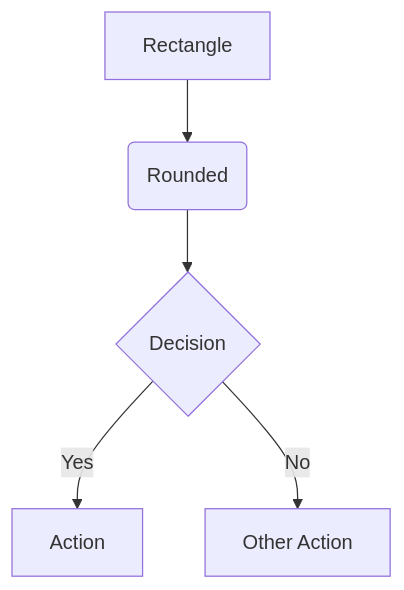
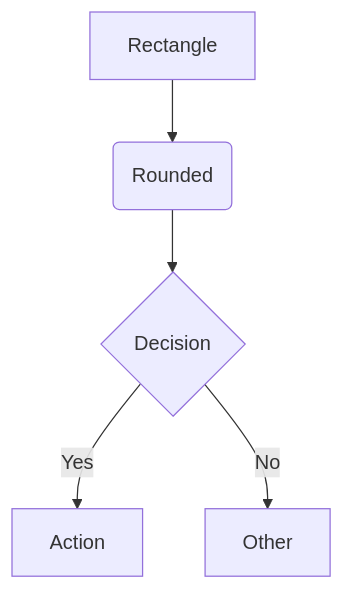
The first of 5 diagrams in agents/mermaid-designer/AGENT.md (Mineru98/dev-consultant), drawn with Mermaid before and after one commit. The commit also changed other lines of this file and 4 other files, not shown here.

````diff
--- a/agents/mermaid-designer/AGENT.md
+++ b/agents/mermaid-designer/AGENT.md
@@ -19,7 +18,7 @@
 ```mermaid
 flowchart TD
     A[Rectangle] --> B(Rounded)
     B --> C{Decision}
     C -->|Yes| D[Action]
-    C -->|No| E[Other Action]
+    C -->|No| E[Other]
 ```
````
